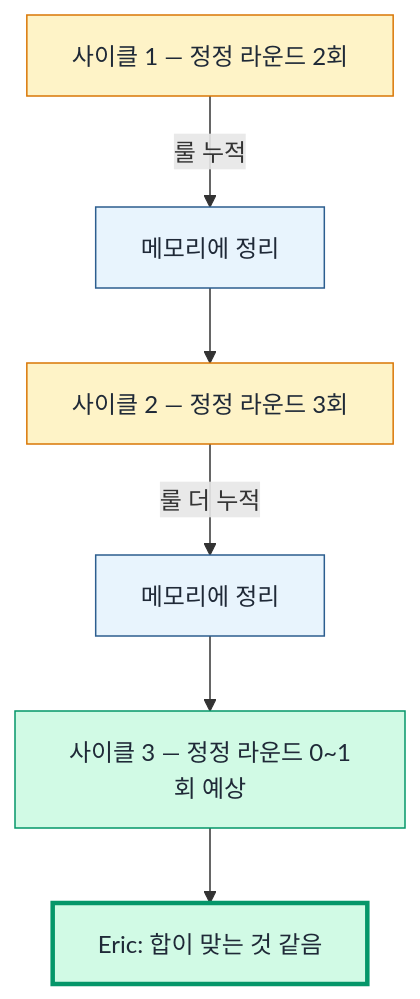
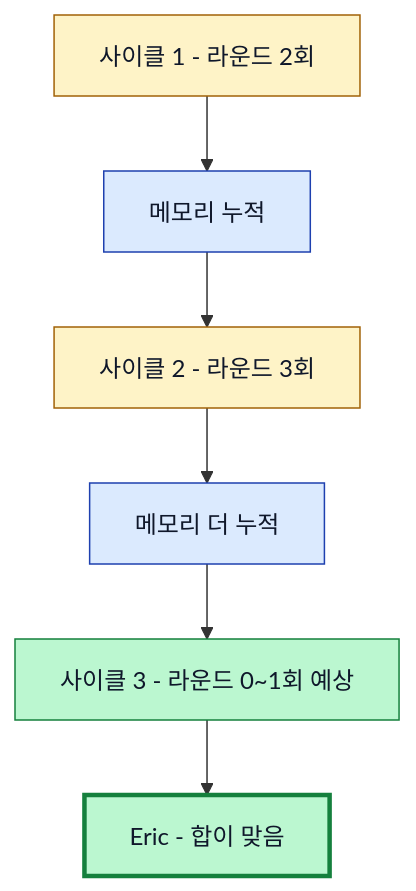
The seventh of 7 diagrams in content/diary/c/1.md (linisia/eric-company), drawn with Mermaid before and after one commit. The commit also changed other lines of this file, not shown here.

````diff
--- a/content/diary/c/1.md
+++ b/content/diary/c/1.md
@@ -163,14 +181,14 @@
 ```mermaid
 flowchart TD
-    A["사이클 1 — 정정 라운드 2회"] -->|"룰 누적"| B["메모리에 정리"]
-    B --> C["사이클 2 — 정정 라운드 3회"]
-    C -->|"룰 더 누적"| D["메모리에 정리"]
-    D --> E["사이클 3 — 정정 라운드 0~1회 예상"]
-    E --> F["Eric: 합이 맞는 것 같음"]
-    style A fill:#fef3c7,stroke:#d97706,color:#1f2937
-    style B fill:#e8f4fd,stroke:#2c5e8f,color:#1f2937
-    style C fill:#fef3c7,stroke:#d97706,color:#1f2937
-    style D fill:#e8f4fd,stroke:#2c5e8f,color:#1f2937
-    style E fill:#d1fae5,stroke:#059669,color:#1f2937
-    style F fill:#d1fae5,stroke:#059669,stroke-width:3px,color:#1f2937
+    A[사이클 1 - 라운드 2회] --> B[메모리 누적]
+    B --> C[사이클 2 - 라운드 3회]
+    C --> D[메모리 더 누적]
+    D --> E[사이클 3 - 라운드 0~1회 예상]
+    E --> F[Eric - 합이 맞음]
+    style A fill:#fef3c7,stroke:#a16207,color:#0f172a
+    style B fill:#dbeafe,stroke:#1e40af,color:#0f172a
+    style C fill:#fef3c7,stroke:#a16207,color:#0f172a
+    style D fill:#dbeafe,stroke:#1e40af,color:#0f172a
+    style E fill:#bbf7d0,stroke:#15803d,color:#0f172a
+    style F fill:#bbf7d0,stroke:#15803d,stroke-width:3px,color:#0f172a
 ```
````
